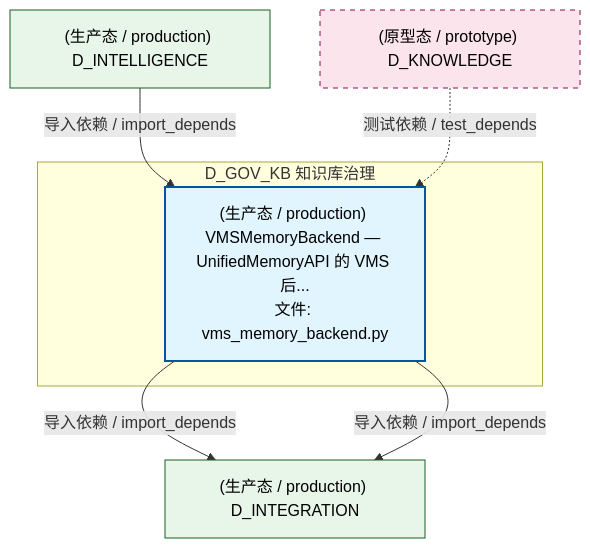
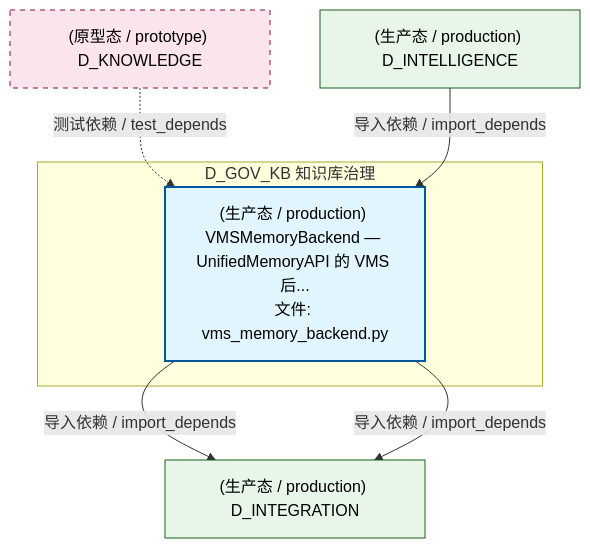
The second of 5 diagrams in docs/02_enterprise_architecture/02_domain_architecture_docs/43_d_gov_kb.md (xuanFelixVan/ZephyrAlpha), drawn with Mermaid before and after one commit. The commit also changed other lines of this file and 125 other files, not shown here.

````diff
--- a/docs/02_enterprise_architecture/02_domain_architecture_docs/43_d_gov_kb.md
+++ b/docs/02_enterprise_architecture/02_domain_architecture_docs/43_d_gov_kb.md
@@ -193,20 +194,20 @@
 ```mermaid
 graph TD
     subgraph D_GOV_KB["D_GOV_KB 知识库治理"]
         src_zephyr_gov_kb_vms_memory_backend_py["(生产态 / production) VMSMemoryBackend — UnifiedMemoryAPI 的 VMS 后...<br/>文件: vms_memory_backend.py"]
     end
     D_INTEGRATION["(生产态 / production) D_INTEGRATION"]
     src_zephyr_gov_kb_vms_memory_backend_py -->|导入依赖 / import_depends| D_INTEGRATION
     src_zephyr_gov_kb_vms_memory_backend_py -->|导入依赖 / import_depends| D_INTEGRATION
+    D_KNOWLEDGE["(原型态 / prototype) D_KNOWLEDGE"]
+    D_KNOWLEDGE -.->|测试依赖 / test_depends| src_zephyr_gov_kb_vms_memory_backend_py
     D_INTELLIGENCE["(生产态 / production) D_INTELLIGENCE"]
     D_INTELLIGENCE -->|导入依赖 / import_depends| src_zephyr_gov_kb_vms_memory_backend_py
-    D_KNOWLEDGE["(原型态 / prototype) D_KNOWLEDGE"]
-    D_KNOWLEDGE -.->|测试依赖 / test_depends| src_zephyr_gov_kb_vms_memory_backend_py
     classDef production fill:#e1f5fe,stroke:#01579b,stroke-width:2px,color:#000
     classDef design fill:#fff3e0,stroke:#e65100,stroke-width:2px,color:#000,stroke-dasharray: 5 5
     classDef external_prod fill:#e8f5e9,stroke:#1b5e20,stroke-width:1px,color:#000
     classDef external_design fill:#fce4ec,stroke:#880e4f,stroke-width:1px,color:#000,stroke-dasharray: 5 5
     class src_zephyr_gov_kb_vms_memory_backend_py production
     class D_INTEGRATION,D_INTELLIGENCE external_prod
     class D_KNOWLEDGE external_design
 ```
````
